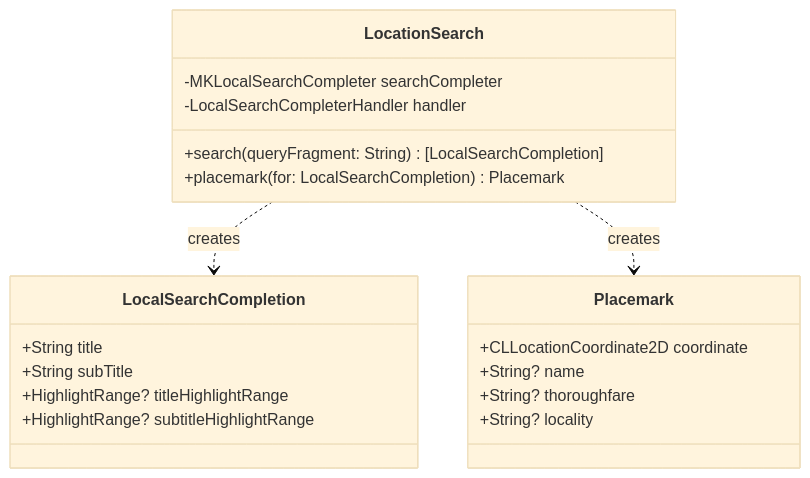
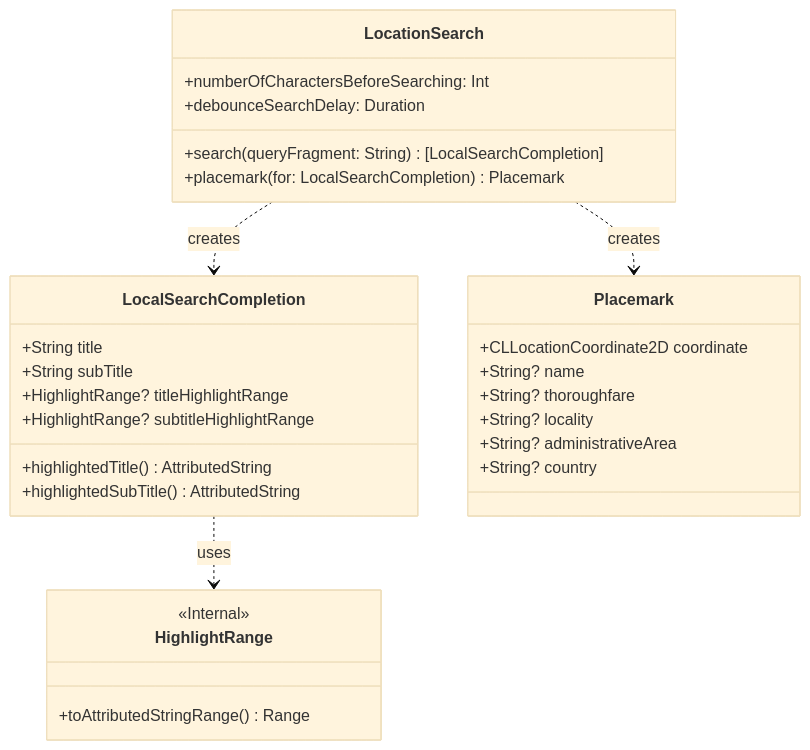
The first of 2 diagrams in readme.md (kraigspear/MapKitSwiftSearch), drawn with Mermaid (base theme) before and after one commit. The commit also changed other lines of this file and 38 other files, not shown here.

````diff
--- a/readme.md
+++ b/readme.md
@@ -18,26 +18,36 @@
 ```mermaid
 classDiagram
     class LocationSearch {
-        -MKLocalSearchCompleter searchCompleter
-        -LocalSearchCompleterHandler handler
         +search(queryFragment: String) [LocalSearchCompletion]
         +placemark(for: LocalSearchCompletion) Placemark
+        +numberOfCharactersBeforeSearching: Int
+        +debounceSearchDelay: Duration
     }
     
     class LocalSearchCompletion {
         +String title
         +String subTitle
         +HighlightRange? titleHighlightRange
         +HighlightRange? subtitleHighlightRange
+        +highlightedTitle() AttributedString
+        +highlightedSubTitle() AttributedString
     }
     
     class Placemark {
         +CLLocationCoordinate2D coordinate
         +String? name
         +String? thoroughfare
         +String? locality
+        +String? administrativeArea
+        +String? country
+    }
+    
+    class HighlightRange {
+        <<Internal>>
+        +toAttributedStringRange() Range
     }
     
     LocationSearch ..> LocalSearchCompletion : creates
     LocationSearch ..> Placemark : creates
+    LocalSearchCompletion ..> HighlightRange : uses
 ```
````
